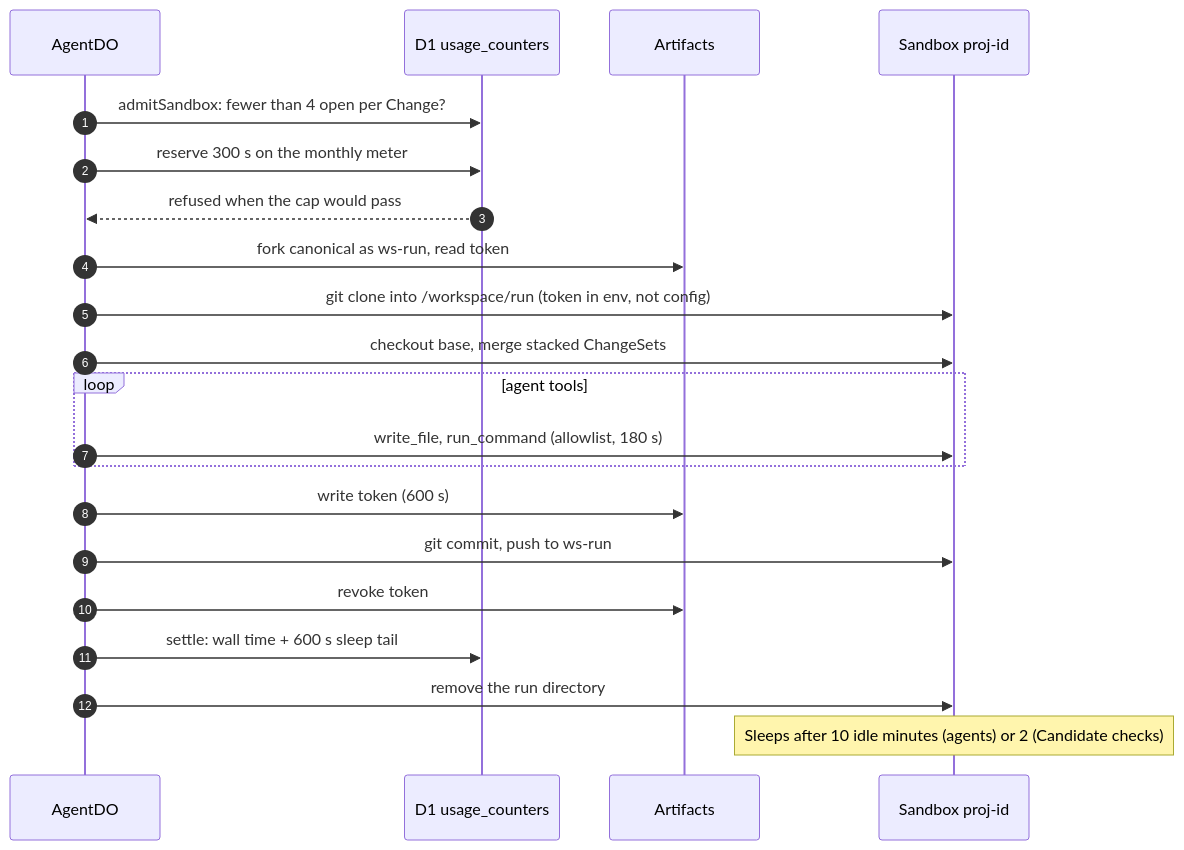
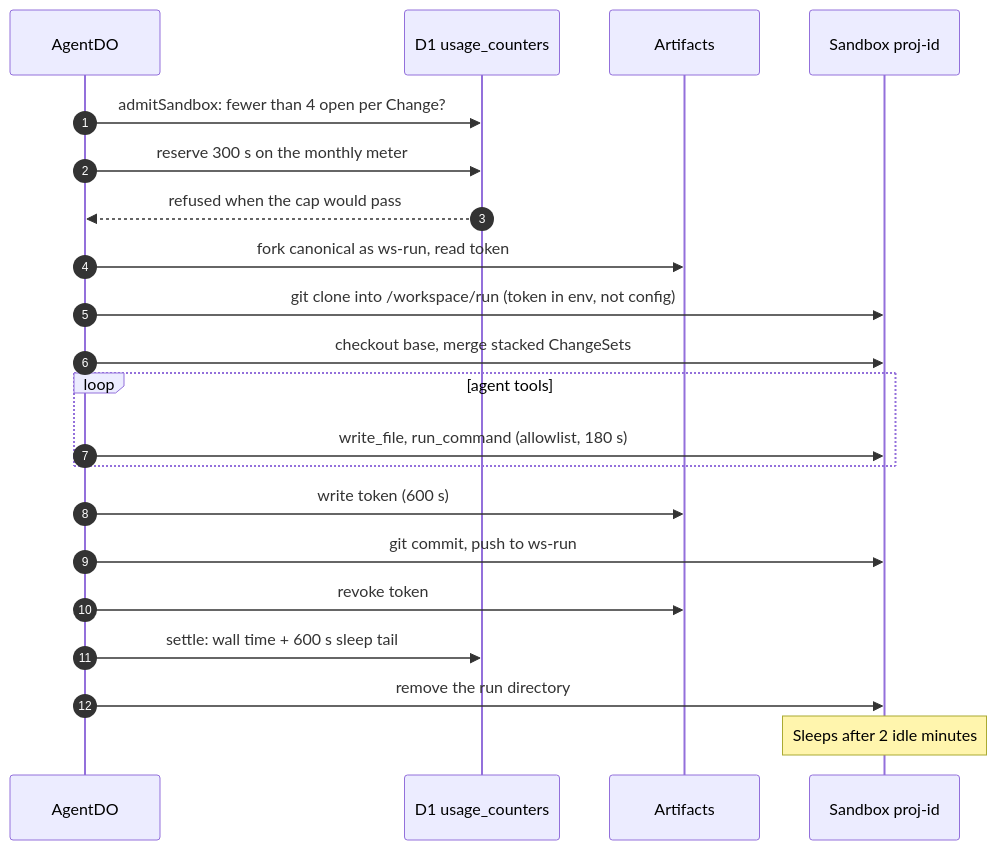
Before and after one commit to nsudhanva/rhumbatron: the third of 7 diagrams in docs/architecture/source-and-verification.md, drawn with Mermaid. The commit also changed other lines of this file and 12 other files, not shown here.

Commit message:
docs(docs): align readme, architecture, protocols and build status with the code

````diff
--- a/docs/architecture/source-and-verification.md
+++ b/docs/architecture/source-and-verification.md
@@ -87,24 +87,24 @@
 ```mermaid
 sequenceDiagram
   autonumber
   participant A as AgentDO
   participant D1 as D1 usage_counters
   participant Art as Artifacts
   participant SBX as Sandbox proj-id
 
   A->>D1: admitSandbox: fewer than 4 open per Change?
   A->>D1: reserve 300 s on the monthly meter
   D1-->>A: refused when the cap would pass
   A->>Art: fork canonical as ws-run, read token
   A->>SBX: git clone into /workspace/run (token in env, not config)
   A->>SBX: checkout base, merge stacked ChangeSets
   loop agent tools
     A->>SBX: write_file, run_command (allowlist, 180 s)
   end
   A->>Art: write token (600 s)
   A->>SBX: git commit, push to ws-run
   A->>Art: revoke token
   A->>D1: settle: wall time + 600 s sleep tail
   A->>SBX: remove the run directory
-  Note over SBX: Sleeps after 10 idle minutes (agents) or 2 (Candidate checks)
+  Note over SBX: Sleeps after 2 idle minutes
 ```
````
